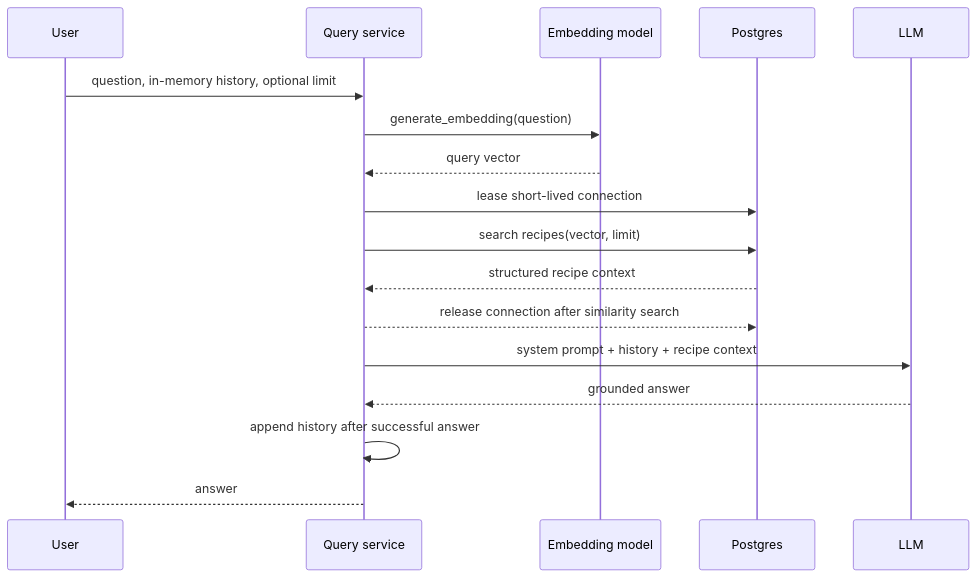
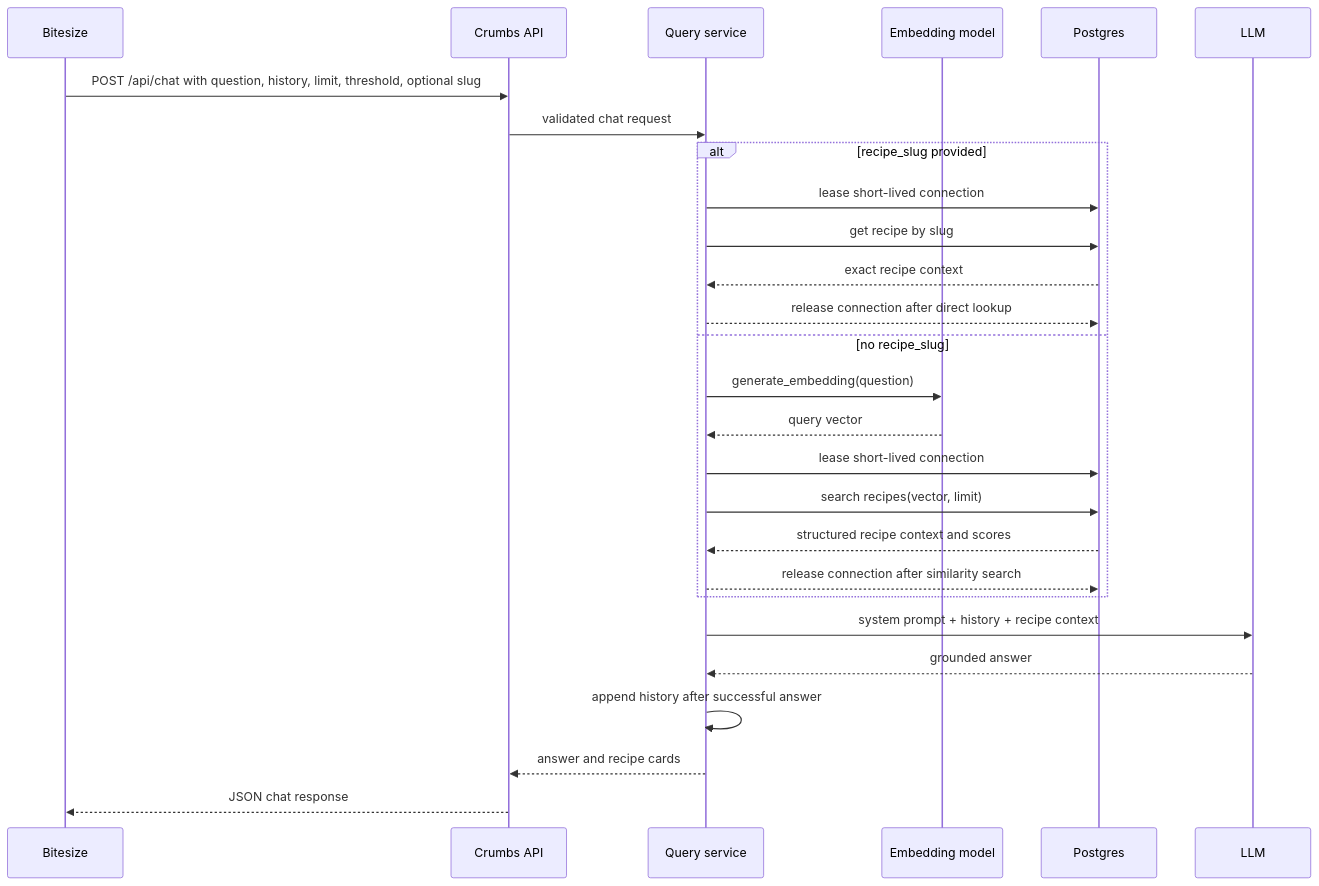
One commit to christinelinster/crumbs changed the second of 2 diagrams in docs/architecture.md. Above: the diagram before and after it, drawn with Mermaid. The commit also changed other lines of this file and 3 other files, not shown here.

Commit message:
docs: update architecture and feature plan documentation

````diff
--- a/docs/architecture.md
+++ b/docs/architecture.md
@@ -60,20 +74,30 @@
 ```mermaid
 sequenceDiagram
-    participant User
+    participant Bitesize
+    participant API as Crumbs API
     participant Query as Query service
     participant Embed as Embedding model
     participant DB as Postgres
     participant LLM
 
-    User->>Query: question, in-memory history, optional limit
-    Query->>Embed: generate_embedding(question)
-    Embed-->>Query: query vector
-    Query->>DB: lease short-lived connection
-    Query->>DB: search recipes(vector, limit)
-    DB-->>Query: structured recipe context
-    Query-->>DB: release connection after similarity search
+    Bitesize->>API: POST /api/chat with question, history, limit, threshold, optional slug
+    API->>Query: validated chat request
+    alt recipe_slug provided
+        Query->>DB: lease short-lived connection
+        Query->>DB: get recipe by slug
+        DB-->>Query: exact recipe context
+        Query-->>DB: release connection after direct lookup
+    else no recipe_slug
+        Query->>Embed: generate_embedding(question)
+        Embed-->>Query: query vector
+        Query->>DB: lease short-lived connection
+        Query->>DB: search recipes(vector, limit)
+        DB-->>Query: structured recipe context and scores
+        Query-->>DB: release connection after similarity search
+    end
     Query->>LLM: system prompt + history + recipe context
     LLM-->>Query: grounded answer
     Query->>Query: append history after successful answer
-    Query-->>User: answer
+    Query-->>API: answer and recipe cards
+    API-->>Bitesize: JSON chat response
 ```
````
